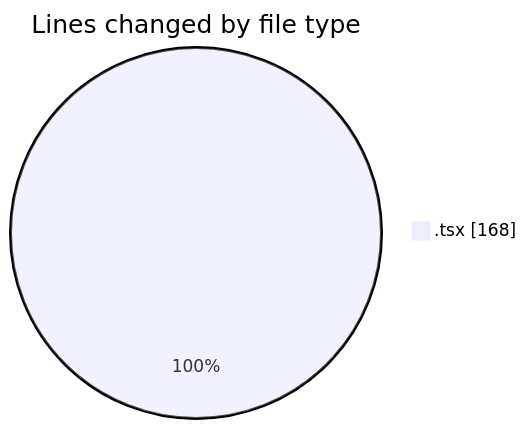
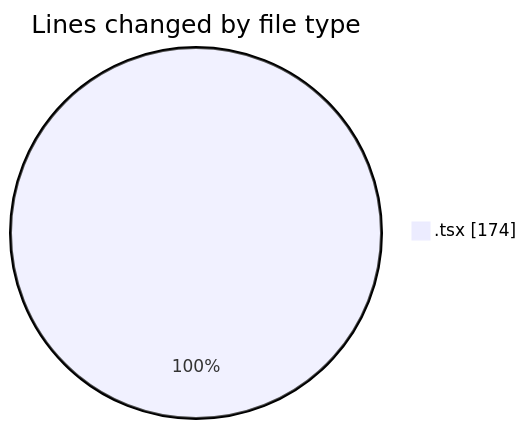
Before and after one commit to momahboobian/code-tracking: the first of 2 diagrams in 2025-11-11/cda/README.md, drawn with Mermaid. The commit also changed other lines of this file and 1 other file, not shown here.

````diff
--- a/2025-11-11/cda/README.md
+++ b/2025-11-11/cda/README.md
@@ -21,5 +21,5 @@
 ```mermaid
 pie showData
 title Lines changed by file type
-".tsx" : 168
+".tsx" : 174
 ```
````
